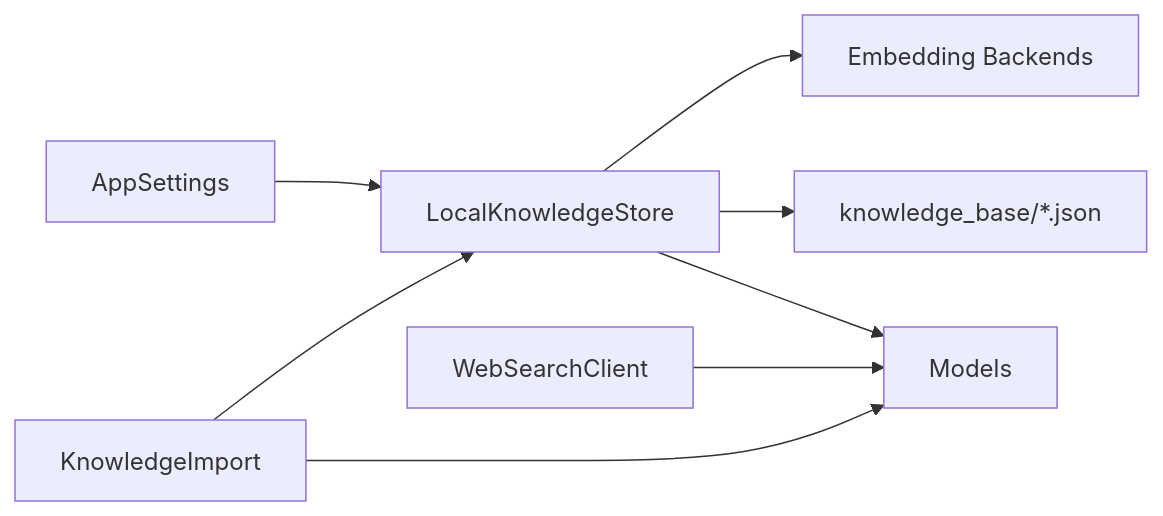
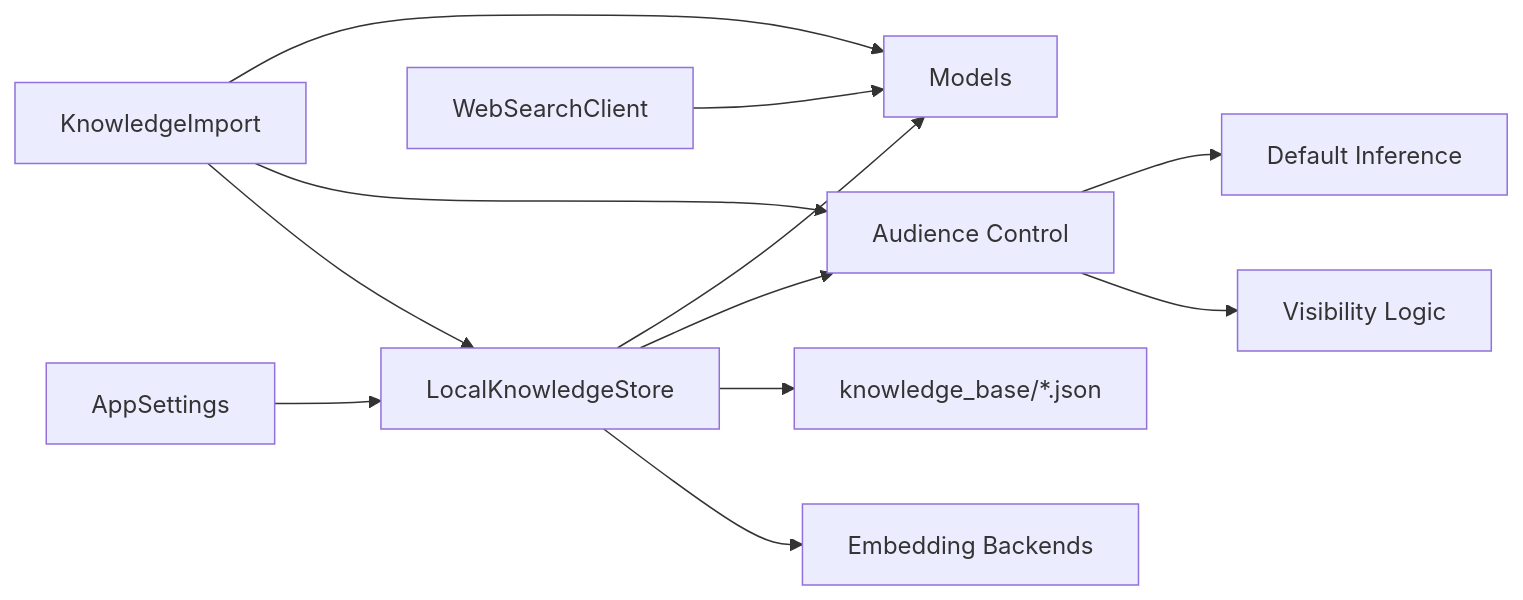
The ninth of 9 diagrams in .qoder/repowiki/en/content/Knowledge Management/Knowledge Management.md (intellistream/sage-mate), drawn with Mermaid before and after one commit. The commit also changed other lines of this file and 121 other files, not shown here.

````diff
--- a/.qoder/repowiki/en/content/Knowledge Management/Knowledge Management.md
+++ b/.qoder/repowiki/en/content/Knowledge Management/Knowledge Management.md
@@ -340,10 +457,14 @@
 ```mermaid
 graph LR
 CFG["AppSettings"] --> KB["LocalKnowledgeStore"]
 KB --> EMB["Embedding Backends"]
 KB --> FS["knowledge_base/*.json"]
+KB --> AUDIENCE["Audience Control"]
+AUDIENCE --> VISIBILITY["Visibility Logic"]
+AUDIENCE --> INFERENCE["Default Inference"]
 GI["KnowledgeImport"] --> KB
+GI --> AUDIENCE
 WS["WebSearchClient"] --> MODELS["Models"]
 KB --> MODELS
 GI --> MODELS
 ```
````
